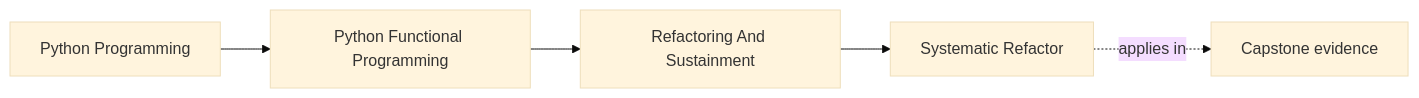
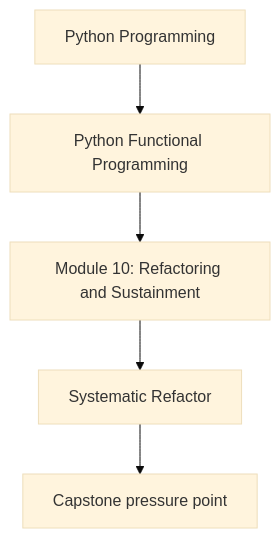
Before and after one commit to bijux/bijux-masterclass: the first of 3 diagrams in programs/python-programming/python-functional-programming/course-book/module-10-refactoring-and-sustainment/systematic-refactor.md, drawn with Mermaid (base theme). The commit also changed other lines of this file and 118 other files, not shown here.

Commit message:
docs(python-functional-programming): align concept page diagrams

````diff
--- a/programs/python-programming/python-functional-programming/course-book/module-10-refactoring-and-sustainment/systematic-refactor.md
+++ b/programs/python-programming/python-functional-programming/course-book/module-10-refactoring-and-sustainment/systematic-refactor.md
@@ -7,11 +7,7 @@
 ```mermaid
-graph LR
-  family["Python Programming"]
-  program["Python Functional Programming"]
-  section["Refactoring And Sustainment"]
-  page["Systematic Refactor"]
-  capstone["Capstone evidence"]
-
-  family --> program --> section --> page
-  page -.applies in.-> capstone
+flowchart TD
+  family["Python Programming"] --> program["Python Functional Programming"]
+  program --> module["Module 10: Refactoring and Sustainment"]
+  module --> concept["Systematic Refactor"]
+  concept --> capstone["Capstone pressure point"]
 ```
````
